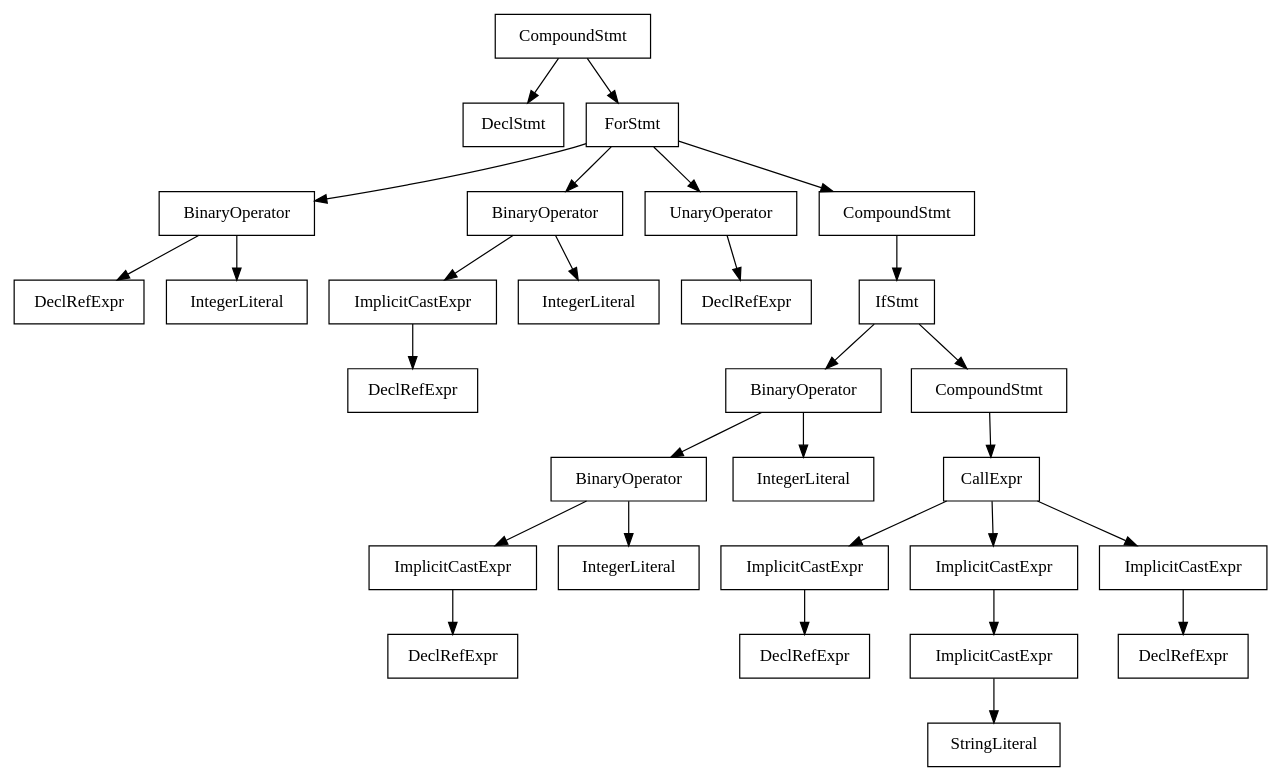
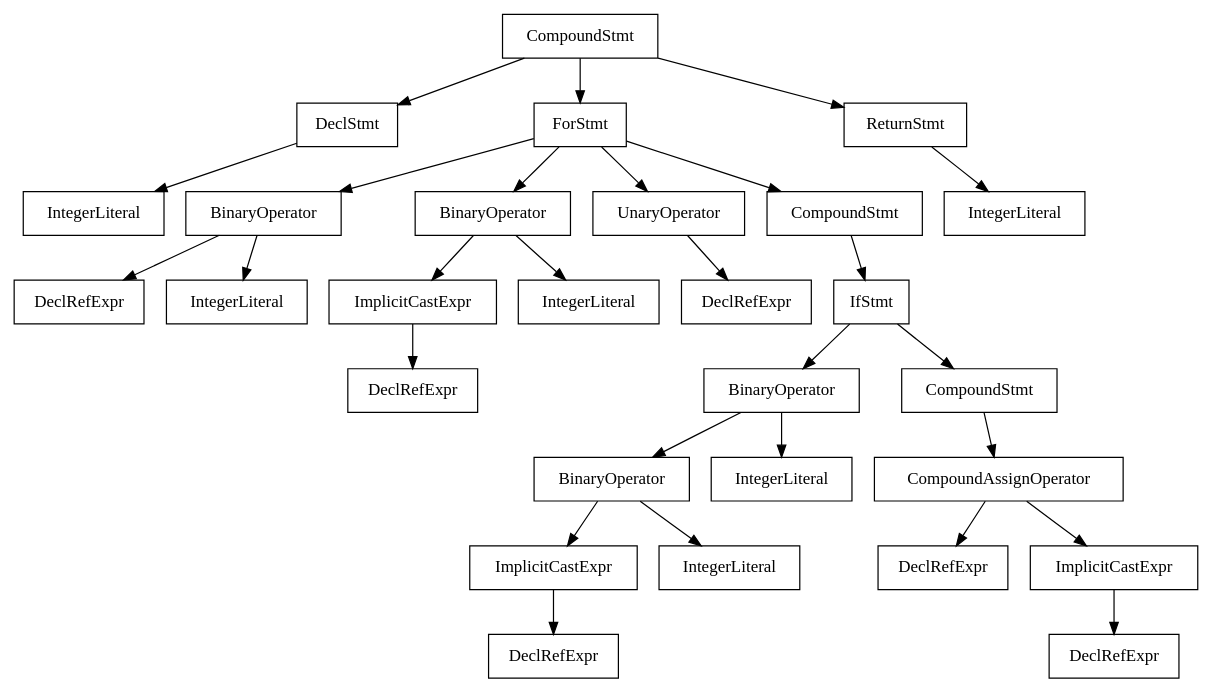
The diagram in sa/AST.dot (zzh1996/cool-compiler), drawn with Graphviz before and after one commit. The commit also changed 6 other files, not shown here.

```diff
--- a/sa/AST.dot
+++ b/sa/AST.dot
@@ -1,60 +1,58 @@
 digraph unnamed {
 
-	Node0x7fdf4b8e23a0 [shape=record,label="{CompoundStmt}"];
-	Node0x7fdf4b8e23a0 -> Node0x7fdf4b8e1db0;
-	Node0x7fdf4b8e23a0 -> Node0x7fdf4b8e2368;
-	Node0x7fdf4b8e1db0 [shape=record,label="{DeclStmt}"];
-	Node0x7fdf4b8e2368 [shape=record,label="{ForStmt}"];
-	Node0x7fdf4b8e2368 -> Node0x7fdf4b8e1e10;
-	Node0x7fdf4b8e2368 -> Node0x7fdf4b8e1e98;
-	Node0x7fdf4b8e2368 -> Node0x7fdf4b8e1ee8;
-	Node0x7fdf4b8e2368 -> Node0x7fdf4b8e2348;
-	Node0x7fdf4b8e1e10 [shape=record,label="{BinaryOperator}"];
-	Node0x7fdf4b8e1e10 -> Node0x7fdf4b8e1dc8;
-	Node0x7fdf4b8e1e10 -> Node0x7fdf4b8e1df0;
-	Node0x7fdf4b8e1dc8 [shape=record,label="{DeclRefExpr}"];
-	Node0x7fdf4b8e1df0 [shape=record,label="{IntegerLiteral}"];
-	Node0x7fdf4b8e1e98 [shape=record,label="{BinaryOperator}"];
-	Node0x7fdf4b8e1e98 -> Node0x7fdf4b8e1e80;
-	Node0x7fdf4b8e1e98 -> Node0x7fdf4b8e1e60;
-	Node0x7fdf4b8e1e80 [shape=record,label="{ImplicitCastExpr}"];
-	Node0x7fdf4b8e1e80 -> Node0x7fdf4b8e1e38;
-	Node0x7fdf4b8e1e38 [shape=record,label="{DeclRefExpr}"];
-	Node0x7fdf4b8e1e60 [shape=record,label="{IntegerLiteral}"];
-	Node0x7fdf4b8e1ee8 [shape=record,label="{UnaryOperator}"];
-	Node0x7fdf4b8e1ee8 -> Node0x7fdf4b8e1ec0;
-	Node0x7fdf4b8e1ec0 [shape=record,label="{DeclRefExpr}"];
-	Node0x7fdf4b8e2348 [shape=record,label="{CompoundStmt}"];
-	Node0x7fdf4b8e2348 -> Node0x7fdf4b8e2310;
-	Node0x7fdf4b8e2310 [shape=record,label="{IfStmt}"];
-	Node0x7fdf4b8e2310 -> Node0x7fdf4b8e1fb0;
-	Node0x7fdf4b8e2310 -> Node0x7fdf4b8e22f0;
-	Node0x7fdf4b8e1fb0 [shape=record,label="{BinaryOperator}"];
-	Node0x7fdf4b8e1fb0 -> Node0x7fdf4b8e1f68;
-	Node0x7fdf4b8e1fb0 -> Node0x7fdf4b8e1f90;
-	Node0x7fdf4b8e1f68 [shape=record,label="{BinaryOperator}"];
-	Node0x7fdf4b8e1f68 -> Node0x7fdf4b8e1f50;
-	Node0x7fdf4b8e1f68 -> Node0x7fdf4b8e1f30;
-	Node0x7fdf4b8e1f50 [shape=record,label="{ImplicitCastExpr}"];
-	Node0x7fdf4b8e1f50 -> Node0x7fdf4b8e1f08;
-	Node0x7fdf4b8e1f08 [shape=record,label="{DeclRefExpr}"];
-	Node0x7fdf4b8e1f30 [shape=record,label="{IntegerLiteral}"];
-	Node0x7fdf4b8e1f90 [shape=record,label="{IntegerLiteral}"];
-	Node0x7fdf4b8e22f0 [shape=record,label="{CompoundStmt}"];
-	Node0x7fdf4b8e22f0 -> Node0x7fdf4b8e2270;
-	Node0x7fdf4b8e2270 [shape=record,label="{CallExpr}"];
-	Node0x7fdf4b8e2270 -> Node0x7fdf4b8e2258;
-	Node0x7fdf4b8e2270 -> Node0x7fdf4b8e22c0;
-	Node0x7fdf4b8e2270 -> Node0x7fdf4b8e22d8;
-	Node0x7fdf4b8e2258 [shape=record,label="{ImplicitCastExpr}"];
-	Node0x7fdf4b8e2258 -> Node0x7fdf4b8e2170;
-	Node0x7fdf4b8e2170 [shape=record,label="{DeclRefExpr}"];
-	Node0x7fdf4b8e22c0 [shape=record,label="{ImplicitCastExpr}"];
-	Node0x7fdf4b8e22c0 -> Node0x7fdf4b8e22a8;
-	Node0x7fdf4b8e22a8 [shape=record,label="{ImplicitCastExpr}"];
-	Node0x7fdf4b8e22a8 -> Node0x7fdf4b8e21d8;
-	Node0x7fdf4b8e21d8 [shape=record,label="{StringLiteral}"];
-	Node0x7fdf4b8e22d8 [shape=record,label="{ImplicitCastExpr}"];
-	Node0x7fdf4b8e22d8 -> Node0x7fdf4b8e2208;
-	Node0x7fdf4b8e2208 [shape=record,label="{DeclRefExpr}"];
+	Node0x7fda27e4d1f8 [shape=record,label="{CompoundStmt}"];
+	Node0x7fda27e4d1f8 -> Node0x7fda27e4ce48;
+	Node0x7fda27e4d1f8 -> Node0x7fda27e4d188;
+	Node0x7fda27e4d1f8 -> Node0x7fda27e4d1e0;
+	Node0x7fda27e4ce48 [shape=record,label="{DeclStmt}"];
+	Node0x7fda27e4ce48 -> Node0x7fda27e4ce10;
+	Node0x7fda27e4ce10 [shape=record,label="{IntegerLiteral}"];
+	Node0x7fda27e4d188 [shape=record,label="{ForStmt}"];
+	Node0x7fda27e4d188 -> Node0x7fda27e4cea8;
+	Node0x7fda27e4d188 -> Node0x7fda27e4cf30;
+	Node0x7fda27e4d188 -> Node0x7fda27e4cf80;
+	Node0x7fda27e4d188 -> Node0x7fda27e4d168;
+	Node0x7fda27e4cea8 [shape=record,label="{BinaryOperator}"];
+	Node0x7fda27e4cea8 -> Node0x7fda27e4ce60;
+	Node0x7fda27e4cea8 -> Node0x7fda27e4ce88;
+	Node0x7fda27e4ce60 [shape=record,label="{DeclRefExpr}"];
+	Node0x7fda27e4ce88 [shape=record,label="{IntegerLiteral}"];
+	Node0x7fda27e4cf30 [shape=record,label="{BinaryOperator}"];
+	Node0x7fda27e4cf30 -> Node0x7fda27e4cf18;
+	Node0x7fda27e4cf30 -> Node0x7fda27e4cef8;
+	Node0x7fda27e4cf18 [shape=record,label="{ImplicitCastExpr}"];
+	Node0x7fda27e4cf18 -> Node0x7fda27e4ced0;
+	Node0x7fda27e4ced0 [shape=record,label="{DeclRefExpr}"];
+	Node0x7fda27e4cef8 [shape=record,label="{IntegerLiteral}"];
+	Node0x7fda27e4cf80 [shape=record,label="{UnaryOperator}"];
+	Node0x7fda27e4cf80 -> Node0x7fda27e4cf58;
+	Node0x7fda27e4cf58 [shape=record,label="{DeclRefExpr}"];
+	Node0x7fda27e4d168 [shape=record,label="{CompoundStmt}"];
+	Node0x7fda27e4d168 -> Node0x7fda27e4d130;
+	Node0x7fda27e4d130 [shape=record,label="{IfStmt}"];
+	Node0x7fda27e4d130 -> Node0x7fda27e4d048;
+	Node0x7fda27e4d130 -> Node0x7fda27e4d110;
+	Node0x7fda27e4d048 [shape=record,label="{BinaryOperator}"];
+	Node0x7fda27e4d048 -> Node0x7fda27e4d000;
+	Node0x7fda27e4d048 -> Node0x7fda27e4d028;
+	Node0x7fda27e4d000 [shape=record,label="{BinaryOperator}"];
+	Node0x7fda27e4d000 -> Node0x7fda27e4cfe8;
+	Node0x7fda27e4d000 -> Node0x7fda27e4cfc8;
+	Node0x7fda27e4cfe8 [shape=record,label="{ImplicitCastExpr}"];
+	Node0x7fda27e4cfe8 -> Node0x7fda27e4cfa0;
+	Node0x7fda27e4cfa0 [shape=record,label="{DeclRefExpr}"];
+	Node0x7fda27e4cfc8 [shape=record,label="{IntegerLiteral}"];
+	Node0x7fda27e4d028 [shape=record,label="{IntegerLiteral}"];
+	Node0x7fda27e4d110 [shape=record,label="{CompoundStmt}"];
+	Node0x7fda27e4d110 -> Node0x7fda27e4d0d8;
+	Node0x7fda27e4d0d8 [shape=record,label="{CompoundAssignOperator}"];
+	Node0x7fda27e4d0d8 -> Node0x7fda27e4d070;
+	Node0x7fda27e4d0d8 -> Node0x7fda27e4d0c0;
+	Node0x7fda27e4d070 [shape=record,label="{DeclRefExpr}"];
+	Node0x7fda27e4d0c0 [shape=record,label="{ImplicitCastExpr}"];
+	Node0x7fda27e4d0c0 -> Node0x7fda27e4d098;
+	Node0x7fda27e4d098 [shape=record,label="{DeclRefExpr}"];
+	Node0x7fda27e4d1e0 [shape=record,label="{ReturnStmt}"];
+	Node0x7fda27e4d1e0 -> Node0x7fda27e4d1c0;
+	Node0x7fda27e4d1c0 [shape=record,label="{IntegerLiteral}"];
 }
```
